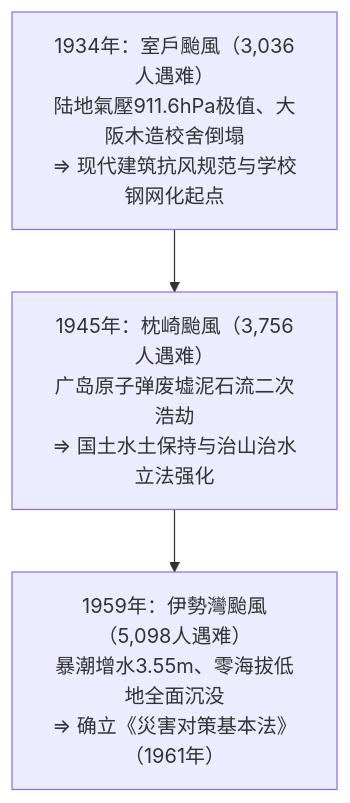
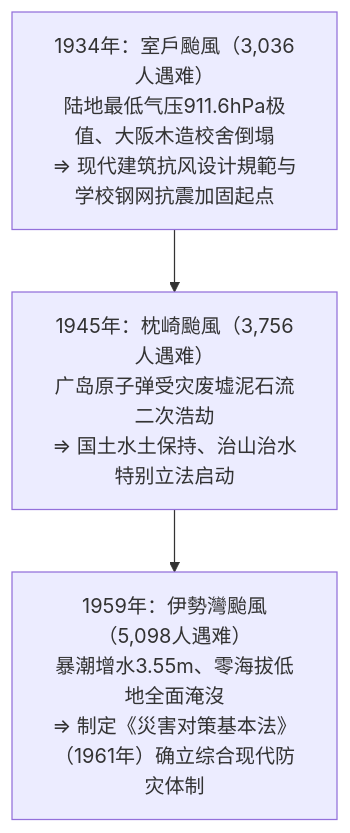
One commit to kenjinote/blog changed the seventh of 11 diagrams in content/post/typhoon-meteorology-mechanisms-historic-disasters-guide/index.zh-tw.md. Above: the diagram before and after it, drawn with Mermaid. The commit also changed other lines of this file and 11 other files, not shown here.

````diff
--- a/content/post/typhoon-meteorology-mechanisms-historic-disasters-guide/index.zh-tw.md
+++ b/content/post/typhoon-meteorology-mechanisms-historic-disasters-guide/index.zh-tw.md
@@ -139,5 +213,5 @@
 ```mermaid
 flowchart TD
-    M1["1934年：室戶颱風（3,036人遇难）<br/>陆地氣壓911.6hPa极值、大阪木造校舍倒塌<br/>⇒ 现代建筑抗风规范与学校钢网化起点"] --> M2["1945年：枕崎颱風（3,756人遇难）<br/>广岛原子弹废墟泥石流二次浩劫<br/>⇒ 国土水土保持与治山治水立法强化"]
-    M2 --> M3["1959年：伊勢灣颱風（5,098人遇难）<br/>暴潮增水3.55m、零海拔低地全面沉没<br/>⇒ 确立《災害对策基本法》（1961年）"]
+    M1["1934年：室戶颱風（3,036人遇难）<br/>陆地最低气压911.6hPa极值、大阪木造校舍倒塌<br/>⇒ 现代建筑抗风设计規範与学校钢网抗震加固起点"] --> M2["1945年：枕崎颱風（3,756人遇难）<br/>广岛原子弹受灾废墟泥石流二次浩劫<br/>⇒ 国土水土保持、治山治水特别立法启动"]
+    M2 --> M3["1959年：伊勢灣颱風（5,098人遇难）<br/>暴潮增水3.55m、零海拔低地全面淹沒<br/>⇒ 制定《災害对策基本法》（1961年）确立综合现代防灾体制"]
 ```
````
